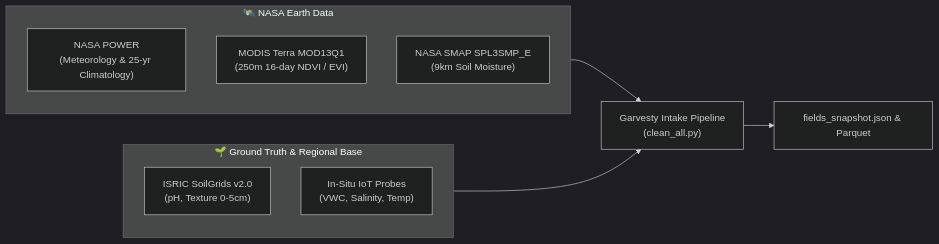
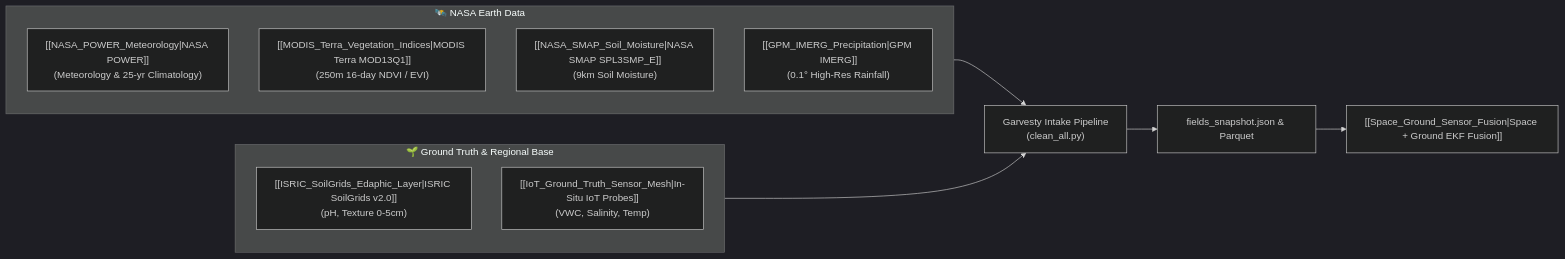
The diagram in docs/BrainML/01_NASA_Data/NASA_Earth_Observations.md (Alphathanlwin/NASA), drawn with Mermaid (dark theme) before and after one commit. The commit also changed other lines of this file and 31 other files, not shown here.

````diff
--- a/docs/BrainML/01_NASA_Data/NASA_Earth_Observations.md
+++ b/docs/BrainML/01_NASA_Data/NASA_Earth_Observations.md
@@ -13,15 +13,17 @@
 ```mermaid
 graph LR
     subgraph Space ["🛰️ NASA Earth Data"]
-        POWER["NASA POWER<br/>(Meteorology & 25-yr Climatology)"]
-        MODIS["MODIS Terra MOD13Q1<br/>(250m 16-day NDVI / EVI)"]
-        SMAP["NASA SMAP SPL3SMP_E<br/>(9km Soil Moisture)"]
+        POWER["[[NASA_POWER_Meteorology|NASA POWER]]<br/>(Meteorology & 25-yr Climatology)"]
+        MODIS["[[MODIS_Terra_Vegetation_Indices|MODIS Terra MOD13Q1]]<br/>(250m 16-day NDVI / EVI)"]
+        SMAP["[[NASA_SMAP_Soil_Moisture|NASA SMAP SPL3SMP_E]]<br/>(9km Soil Moisture)"]
+        IMERG["[[GPM_IMERG_Precipitation|GPM IMERG]]<br/>(0.1° High-Res Rainfall)"]
     end
     subgraph Ground ["🌱 Ground Truth & Regional Base"]
-        SoilGrids["ISRIC SoilGrids v2.0<br/>(pH, Texture 0-5cm)"]
-        IoT["In-Situ IoT Probes<br/>(VWC, Salinity, Temp)"]
+        SoilGrids["[[ISRIC_SoilGrids_Edaphic_Layer|ISRIC SoilGrids v2.0]]<br/>(pH, Texture 0-5cm)"]
+        IoT["[[IoT_Ground_Truth_Sensor_Mesh|In-Situ IoT Probes]]<br/>(VWC, Salinity, Temp)"]
     end
     Space --> Pipeline["Garvesty Intake Pipeline<br/>(clean_all.py)"]
     Ground --> Pipeline
     Pipeline --> Snapshot["fields_snapshot.json & Parquet"]
+    Snapshot --> Fusion["[[Space_Ground_Sensor_Fusion|Space + Ground EKF Fusion]]"]
 ```
````
